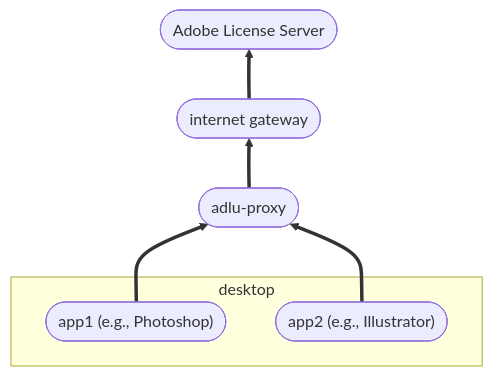
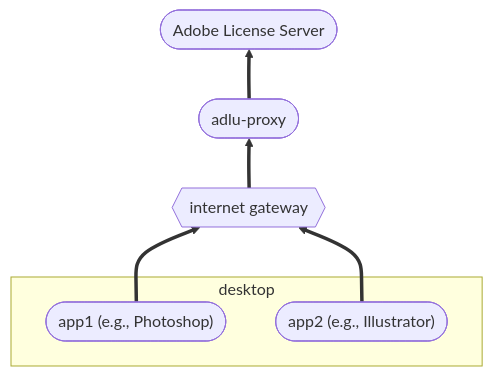
The third of 3 diagrams in docs/proxy-overview.md (clickonetwo/adobe-desktop-licensing-utilities), drawn with Mermaid before and after one commit. The commit also changed other lines of this file, not shown here.

````diff
--- a/docs/proxy-overview.md
+++ b/docs/proxy-overview.md
@@ -21,14 +84,14 @@
 ```mermaid
 flowchart BT
   id1([Adobe License Server])
   subgraph desktop
     id2(["app1 (e.g., Photoshop)"])
     id3(["app2 (e.g., Illustrator)"])
   end
-  id4([internet gateway])
+  id4{{internet gateway}}
   id5([adlu-proxy])
-  id2 ==> id5
-  id3 ==> id5
-  id5 ==> id4
-  id4 ==> id1
+  id2 ==> id4
+  id3 ==> id4
+  id4 ==> id5
+  id5 ==> id1
 ```
````
